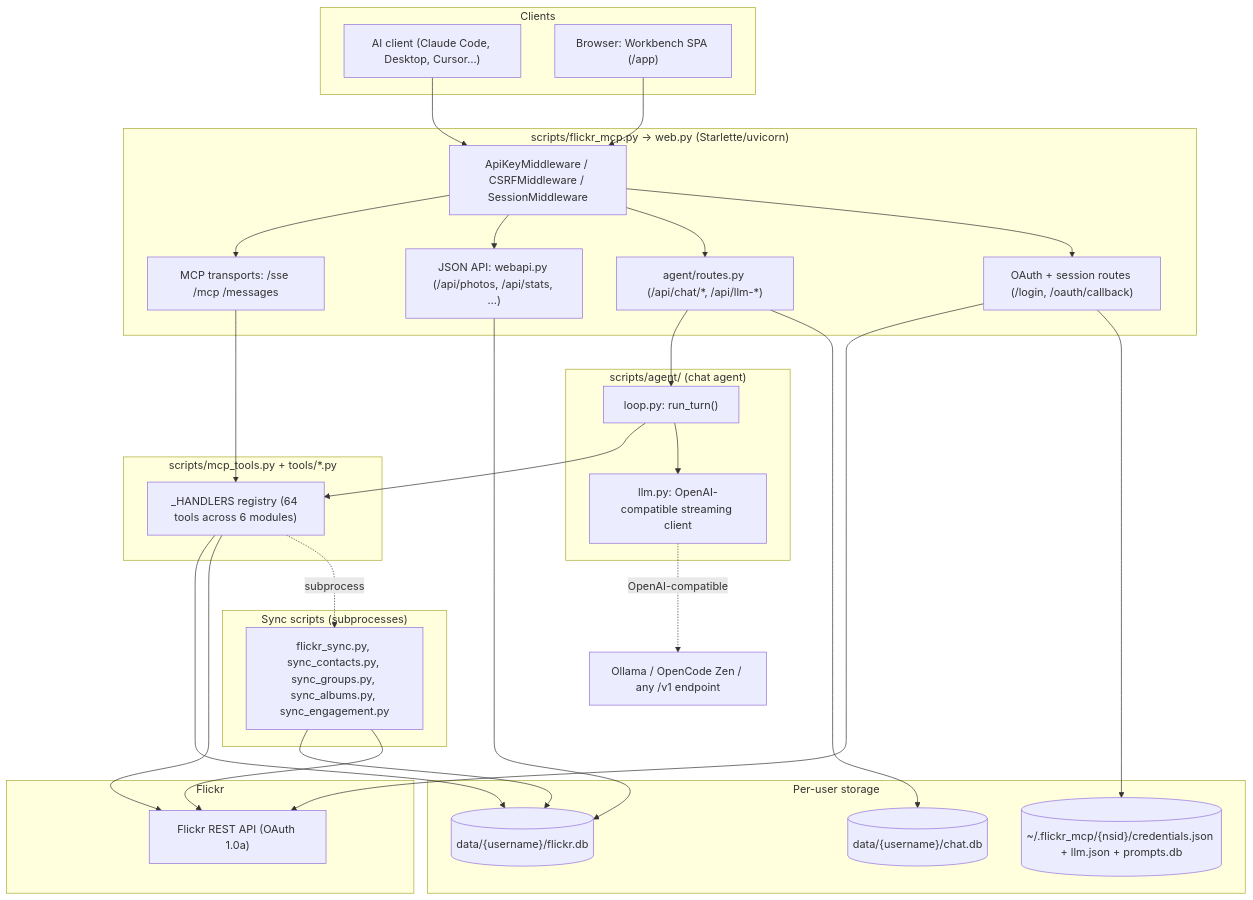
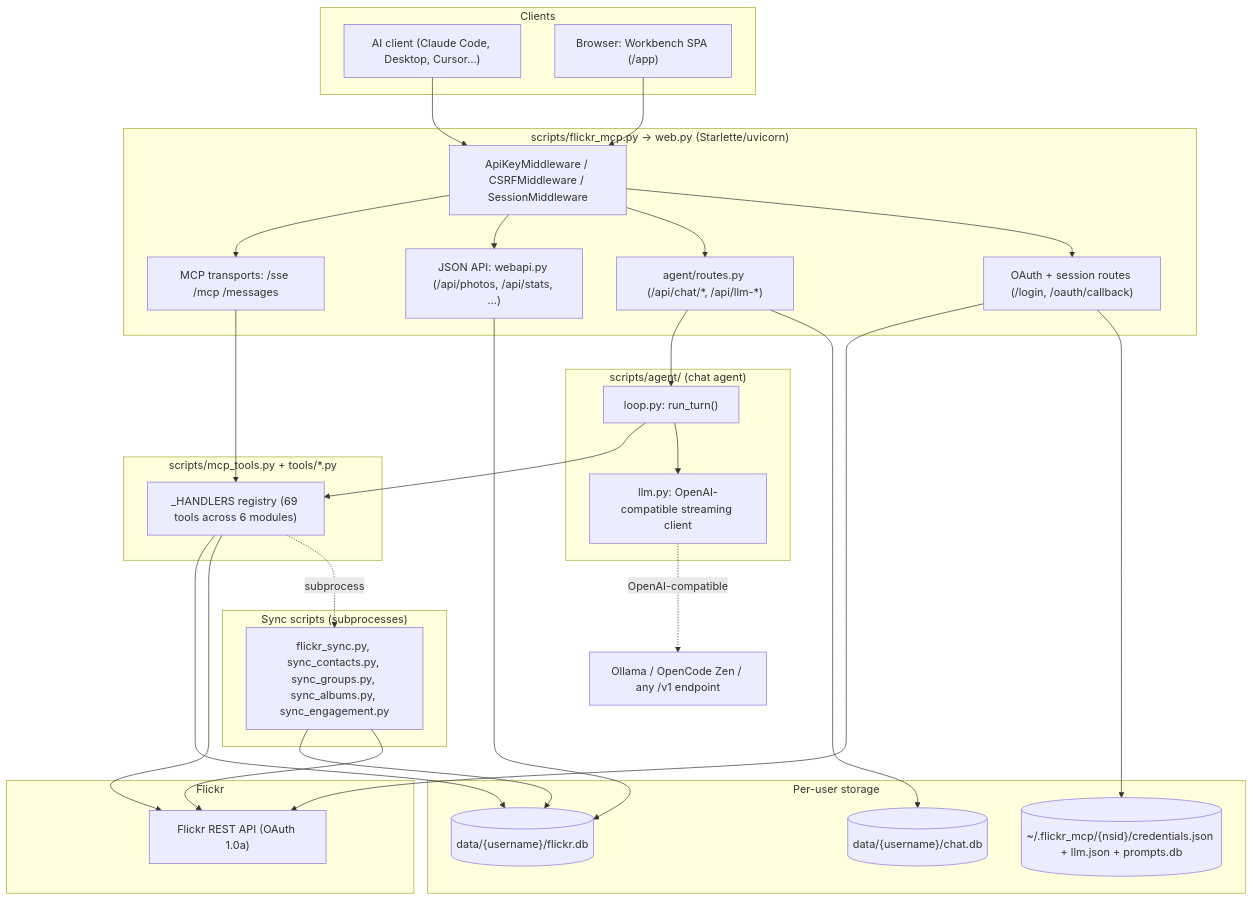
The diagram in ARCHITECTURE.md (kc9yjp/mre_flickr_mcp), drawn with Mermaid before and after one commit. The commit also changed other lines of this file and 6 other files, not shown here.

````diff
--- a/ARCHITECTURE.md
+++ b/ARCHITECTURE.md
@@ -30,54 +30,54 @@
 ```mermaid
 flowchart TB
     subgraph clients["Clients"]
         AI["AI client (Claude Code, Desktop, Cursor…)"]
         Browser["Browser: Workbench SPA (/app)"]
     end
 
     subgraph server["scripts/flickr_mcp.py → web.py (Starlette/uvicorn)"]
         MW["ApiKeyMiddleware / CSRFMiddleware / SessionMiddleware"]
         MCP["MCP transports: /sse /mcp /messages"]
         API["JSON API: webapi.py (/api/photos, /api/stats, …)"]
         AgentRoutes["agent/routes.py (/api/chat/*, /api/llm-*)"]
         OAuth["OAuth + session routes (/login, /oauth/callback)"]
     end
 
     subgraph tools["scripts/mcp_tools.py + tools/*.py"]
-        Handlers["_HANDLERS registry (64 tools across 6 modules)"]
+        Handlers["_HANDLERS registry (69 tools across 6 modules)"]
     end
 
     subgraph agentloop["scripts/agent/ (chat agent)"]
         Loop["loop.py: run_turn()"]
         LLM["llm.py: OpenAI-compatible streaming client"]
     end
 
     subgraph data["Per-user storage"]
         DB[("data/{username}/flickr.db")]
         Chat[("data/{username}/chat.db")]
         Creds[("~/.flickr_mcp/{nsid}/credentials.json + llm.json + prompts.db")]
     end
 
     subgraph flickr["Flickr"]
         FlickrAPI["Flickr REST API (OAuth 1.0a)"]
     end
 
     subgraph sync["Sync scripts (subprocesses)"]
         Sync["flickr_sync.py, sync_contacts.py, sync_groups.py, sync_albums.py, sync_engagement.py"]
     end
 
     AI --> MW --> MCP --> Handlers
     Browser --> MW
     MW --> API --> DB
     MW --> AgentRoutes --> Loop
     Loop --> Handlers
     Loop --> LLM
     LLM -.OpenAI-compatible.-> ExternalLLM["Ollama / OpenCode Zen / any /v1 endpoint"]
     MW --> OAuth --> FlickrAPI
     Handlers --> DB
     Handlers --> FlickrAPI
     Handlers -. subprocess .-> Sync
     Sync --> DB
     Sync --> FlickrAPI
     AgentRoutes --> Chat
     OAuth --> Creds
 ```
````
